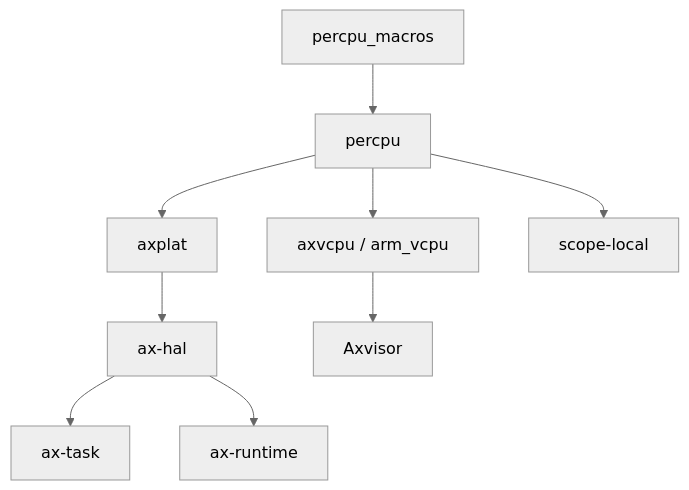
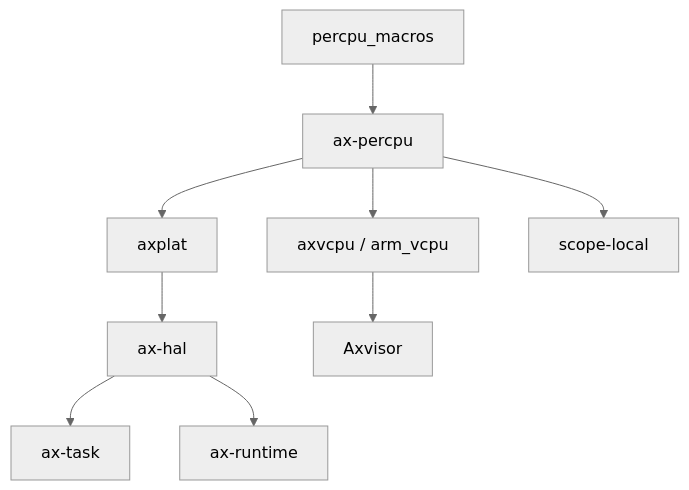
One commit to zKurisu/tgoskits changed the diagram in docs/crates/percpu_macros.md. Above: the diagram before and after it, drawn with Mermaid (neutral theme). The commit also changed other lines of this file and 71 other files, not shown here.

````diff
--- a/docs/crates/percpu_macros.md
+++ b/docs/crates/percpu_macros.md
@@ -168,11 +168,11 @@
 ```mermaid
 graph TD
-    A[percpu_macros] --> B[percpu]
+    A[percpu_macros] --> B[ax-percpu]
     B --> C[axplat]
     C --> D[ax-hal]
     D --> E[ax-task]
     D --> F[ax-runtime]
     B --> G[axvcpu / arm_vcpu]
     B --> H[scope-local]
     G --> I[Axvisor]
 ```
````
